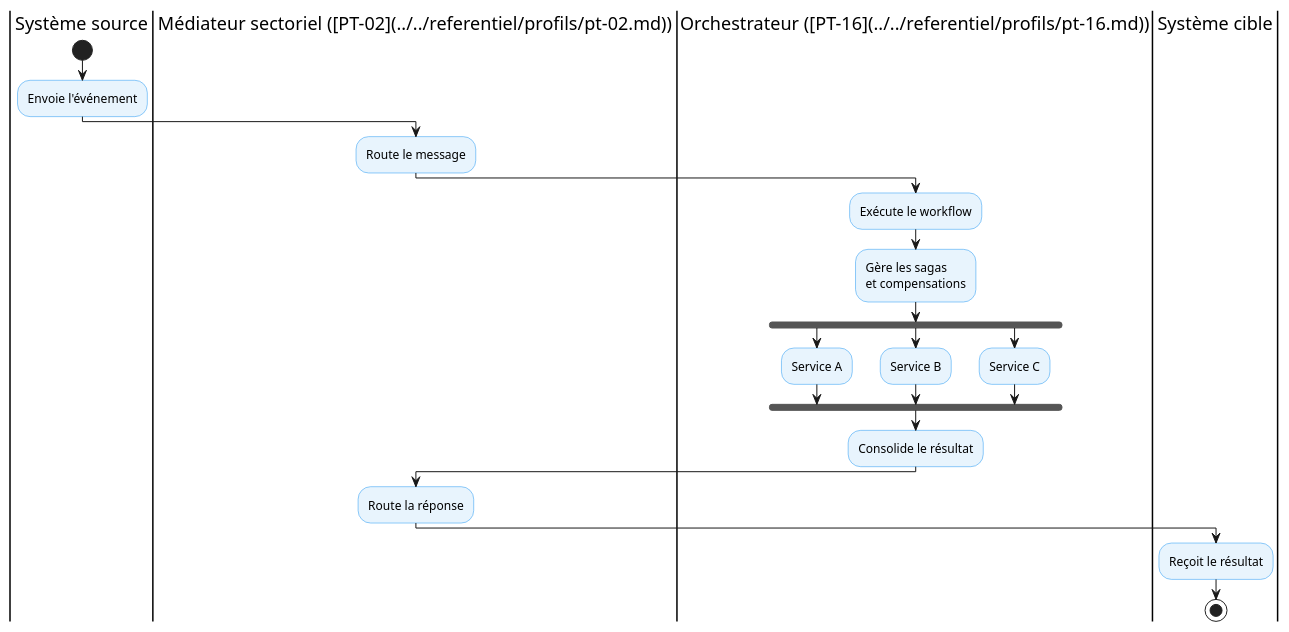
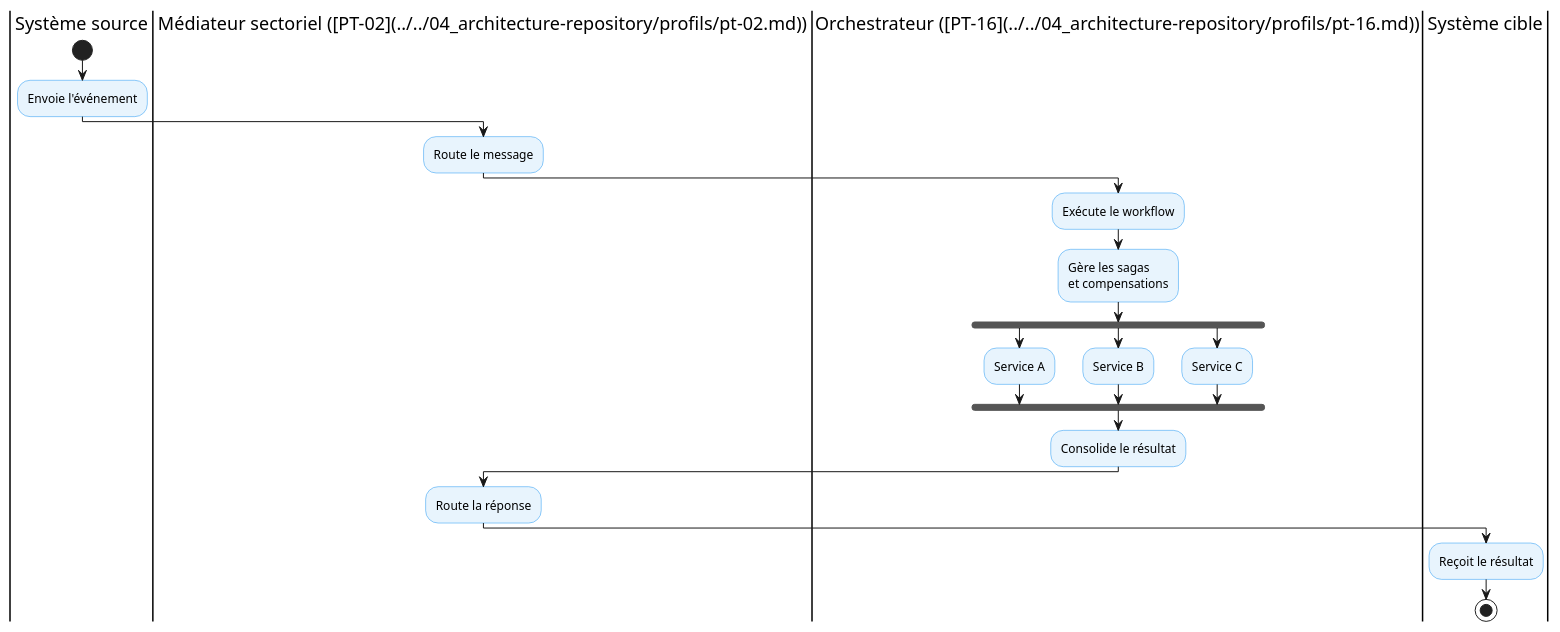
Before and after one commit to Data-Fi-Madagascar/health-enterprise-architecture: the diagram in 03_ptisn/03_profils/pt-16-orchestration-processus.md, drawn with PlantUML. The commit also changed other lines of this file and 577 other files, not shown here.

Commit message:
refactor: rename architecture repository root

````diff
--- a/03_ptisn/03_profils/pt-16-orchestration-processus.md
+++ b/03_ptisn/03_profils/pt-16-orchestration-processus.md
@@ -113,39 +113,39 @@
 ```plantuml
 @startuml
 skinparam activity {
   BackgroundColor #E8F4FD
   BorderColor #2196F3
 }
 
 |Système source|
 start
 :Envoie l'événement;
 
-|Médiateur sectoriel ([PT-02](../../referentiel/profils/pt-02.md))|
+|Médiateur sectoriel ([PT-02](../../04_architecture-repository/profils/pt-02.md))|
 :Route le message;
 
-|Orchestrateur ([PT-16](../../referentiel/profils/pt-16.md))|
+|Orchestrateur ([PT-16](../../04_architecture-repository/profils/pt-16.md))|
 :Exécute le workflow;
 :Gère les sagas
 et compensations;
 
 fork
   :Service A;
 fork again
   :Service B;
 fork again
   :Service C;
 end fork
 
 :Consolide le résultat;
 
-|Médiateur sectoriel ([PT-02](../../referentiel/profils/pt-02.md))|
+|Médiateur sectoriel ([PT-02](../../04_architecture-repository/profils/pt-02.md))|
 :Route la réponse;
 
 |Système cible|
 :Reçoit le résultat;
 
 stop
 
 @enduml
 ```
````
